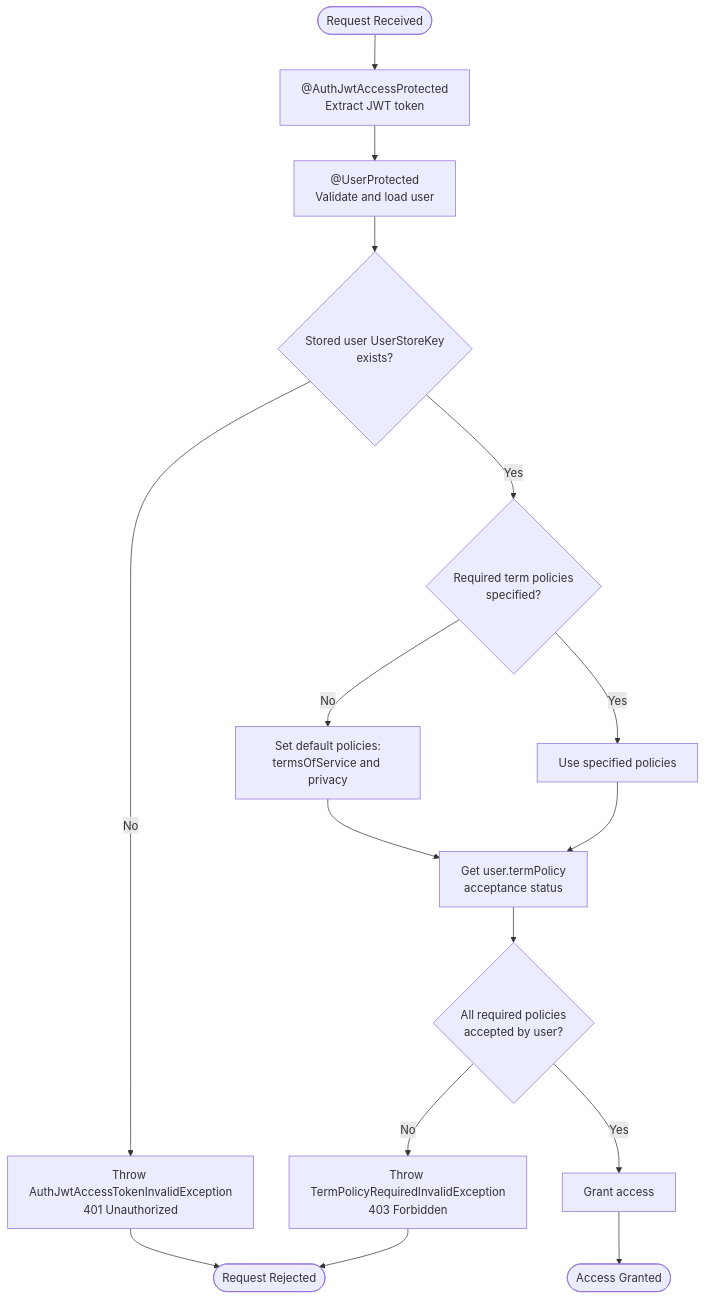
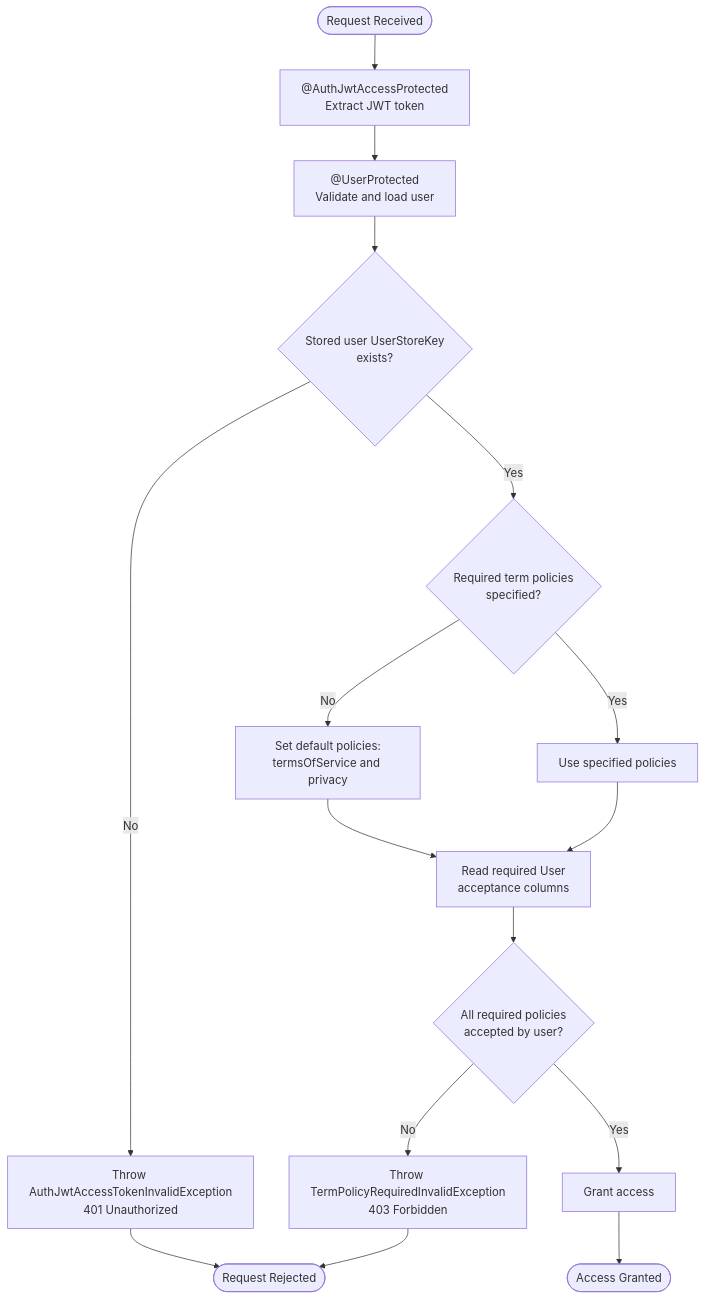
The fourth of 5 diagrams in docs/authorization.md (Gzerox/ack-nestjs-boilerplate), drawn with Mermaid before and after one commit. The commit also changed other lines of this file and 8 other files, not shown here.

````diff
--- a/docs/authorization.md
+++ b/docs/authorization.md
@@ -527,25 +527,25 @@
 ```mermaid
 flowchart TD
     Start([Request Received]) --> JwtGuard[ @AuthJwtAccessProtected<br/>Extract JWT token]
     JwtGuard --> UserGuard[ @UserProtected<br/>Validate and load user]
     UserGuard --> CheckUser{Stored user UserStoreKey<br/>exists?}
     
     CheckUser -->|No| ErrorUser[Throw AuthJwtAccessTokenInvalidException<br/>401 Unauthorized]
     CheckUser -->|Yes| CheckRequired{Required term policies<br/>specified?}
     
     CheckRequired -->|No| SetDefault[Set default policies:<br/>termsOfService and privacy]
     CheckRequired -->|Yes| UseSpecified[Use specified policies]
     
-    SetDefault --> GetTermPolicy[Get user.termPolicy<br/>acceptance status]
+    SetDefault --> GetTermPolicy[Read required User<br/>acceptance columns]
     UseSpecified --> GetTermPolicy
     
     GetTermPolicy --> CheckAcceptance{All required policies<br/>accepted by user?}
     
     CheckAcceptance -->|No| ErrorRequired[Throw TermPolicyRequiredInvalidException<br/>403 Forbidden]
     CheckAcceptance -->|Yes| GrantAccess[Grant access]
     
     GrantAccess --> Success([Access Granted])
     
     ErrorUser --> End([Request Rejected])
     ErrorRequired --> End
 ```
````
